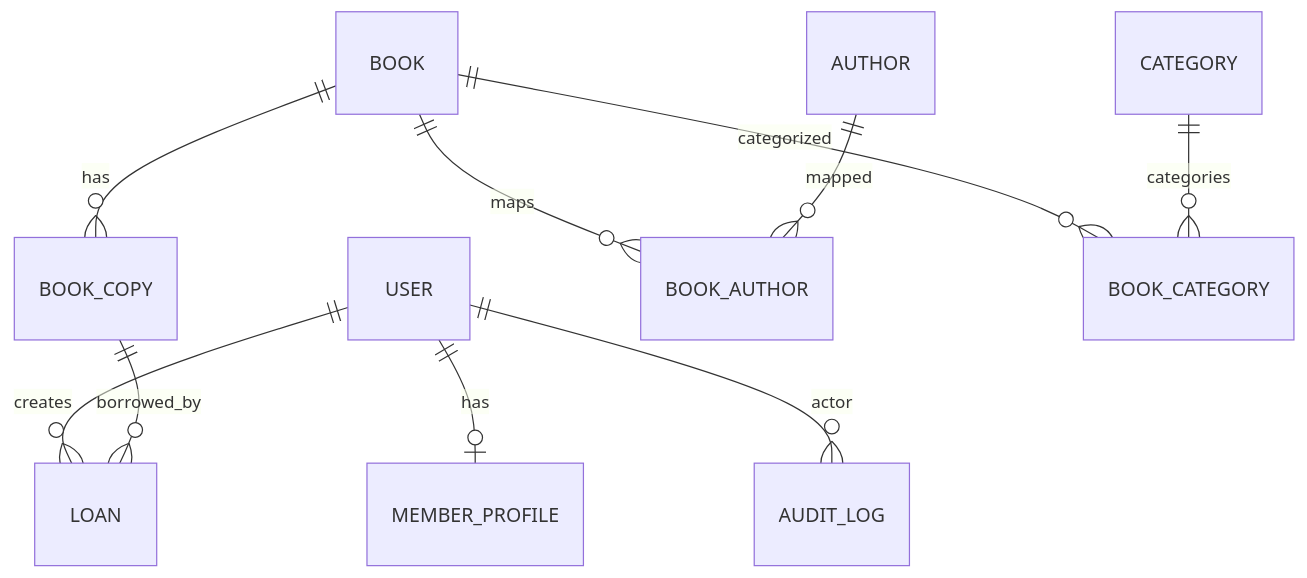
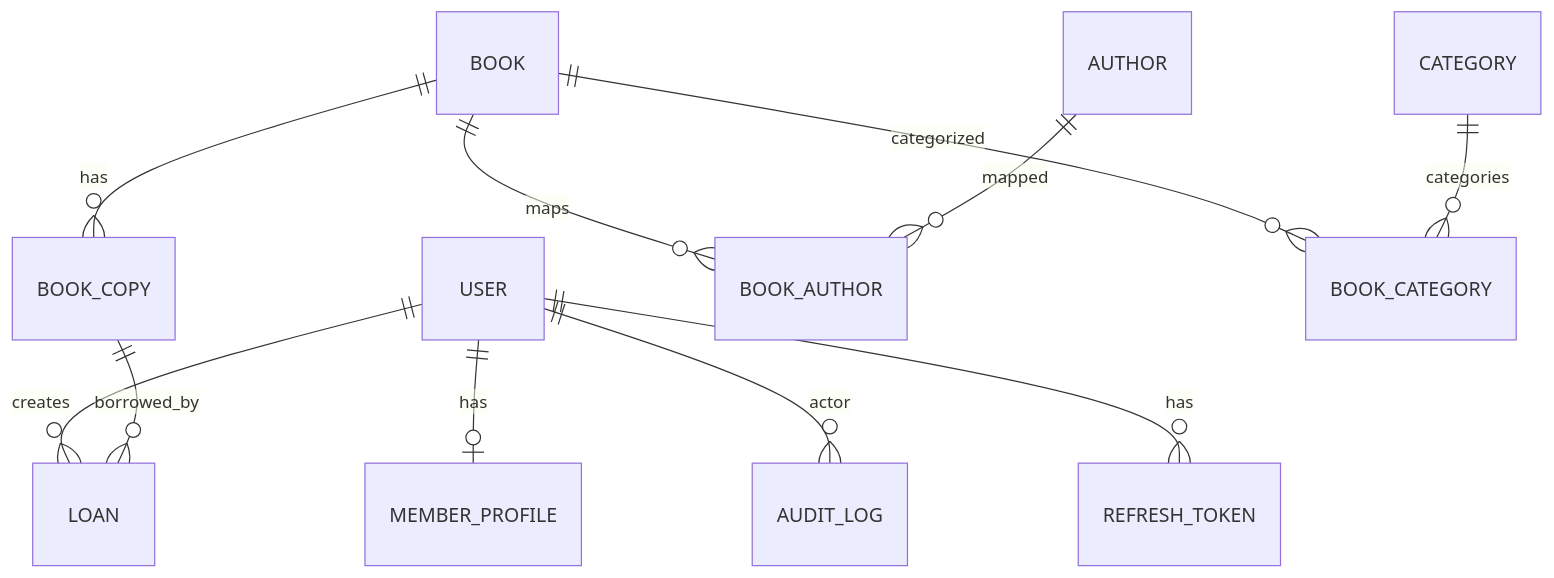
Before and after one commit to indraarianggi/nestjs-library-app: the diagram in ERD.md, drawn with Mermaid. The commit also changed other lines of this file and 4 other files, not shown here.

First line of the commit message:
feat(auth): migrate from session to jwt with refresh tokens

````diff
--- a/ERD.md
+++ b/ERD.md
@@ -7,18 +7,20 @@
 ```mermaid
 erDiagram
     USER ||--o| MEMBER_PROFILE : has
     USER ||--o{ LOAN : creates
     USER ||--o{ AUDIT_LOG : actor
+    USER ||--o{ REFRESH_TOKEN : has
 
     BOOK ||--o{ BOOK_COPY : has
 
     BOOK ||--o{ BOOK_AUTHOR : maps
     AUTHOR ||--o{ BOOK_AUTHOR : mapped
 
     BOOK ||--o{ BOOK_CATEGORY : categorized
     CATEGORY ||--o{ BOOK_CATEGORY : categories
 
     BOOK_COPY ||--o{ LOAN : borrowed_by
 
     %% SETTING is a singleton table configured by Admin
+    %% REFRESH_TOKEN stores JWT refresh tokens for revocation capability
 ```
````
